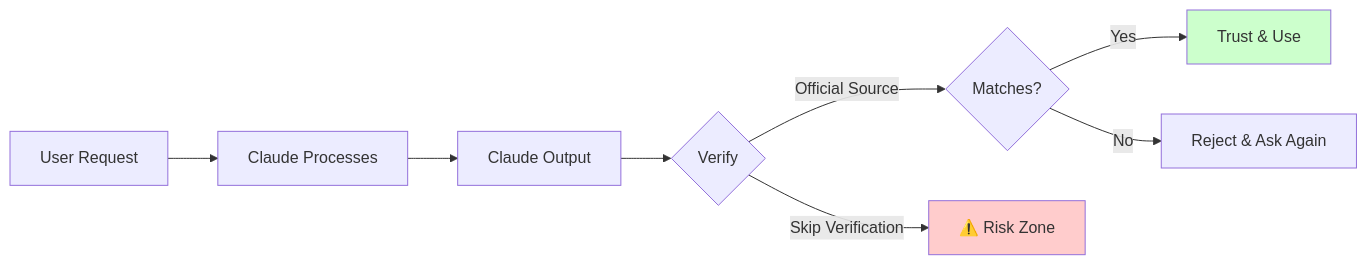
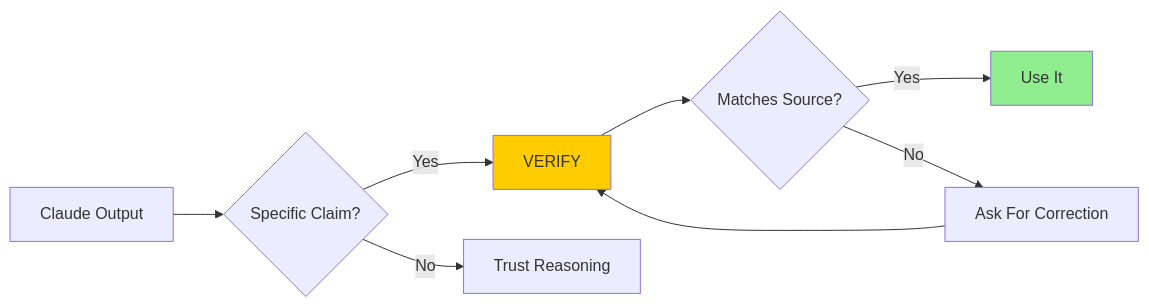
Before and after one commit to ShipWithAI/claude-code-mastery: the diagram in src/content/docs/en/claude-code/phase-08-meta-debugging/01-hallucination-detection.mdx, drawn with Mermaid. The commit also changed other lines of this file and 1 other file, not shown here.

````diff
--- a/src/content/docs/en/claude-code/phase-08-meta-debugging/01-hallucination-detection.mdx
+++ b/src/content/docs/en/claude-code/phase-08-meta-debugging/01-hallucination-detection.mdx
@@ -54,12 +79,13 @@
 ```mermaid
 graph LR
-    A[User Request] --> B[Claude Processes]
-    B --> C[Claude Output]
-    C --> D{Verify}
-    D -->|Official Source| E{Matches?}
-    E -->|Yes| F[Trust & Use]
-    E -->|No| G[Reject & Ask Again]
-    D -->|Skip Verification| H[⚠️ Risk Zone]
-    style H fill:#ffcccc
-    style F fill:#ccffcc
+    A[Claude Output] --> B{Specific Claim?}
+    B -->|Yes| C[VERIFY]
+    B -->|No| D[Trust Reasoning]
+    C --> E{Matches Source?}
+    E -->|Yes| F[Use It]
+    E -->|No| G[Ask For Correction]
+    G --> C
+
+    style C fill:#ffcc00
+    style F fill:#90EE90
 ```
````
